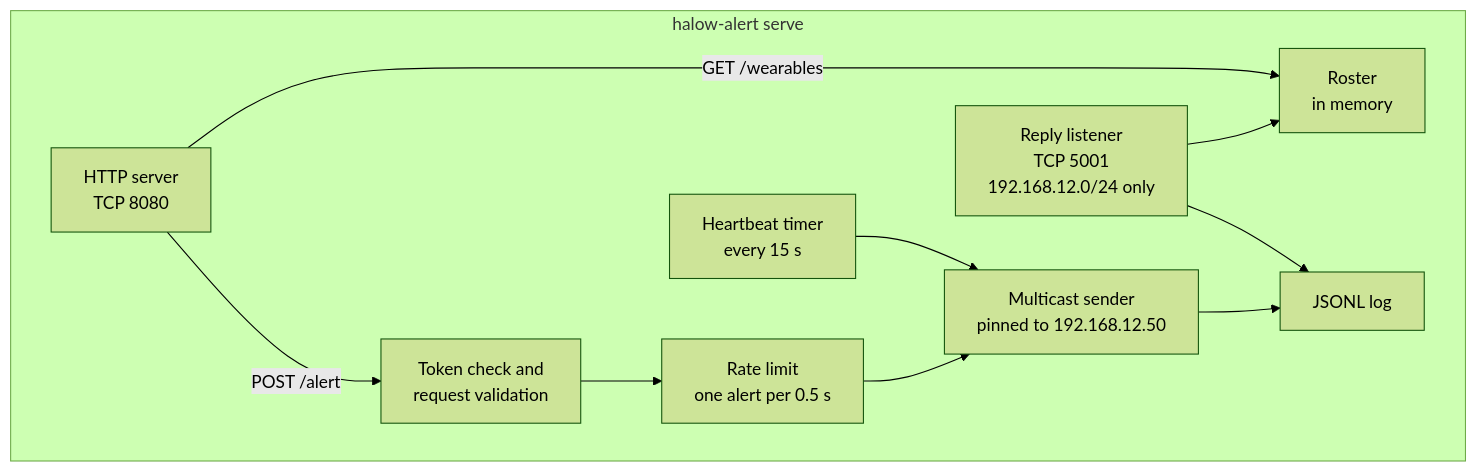
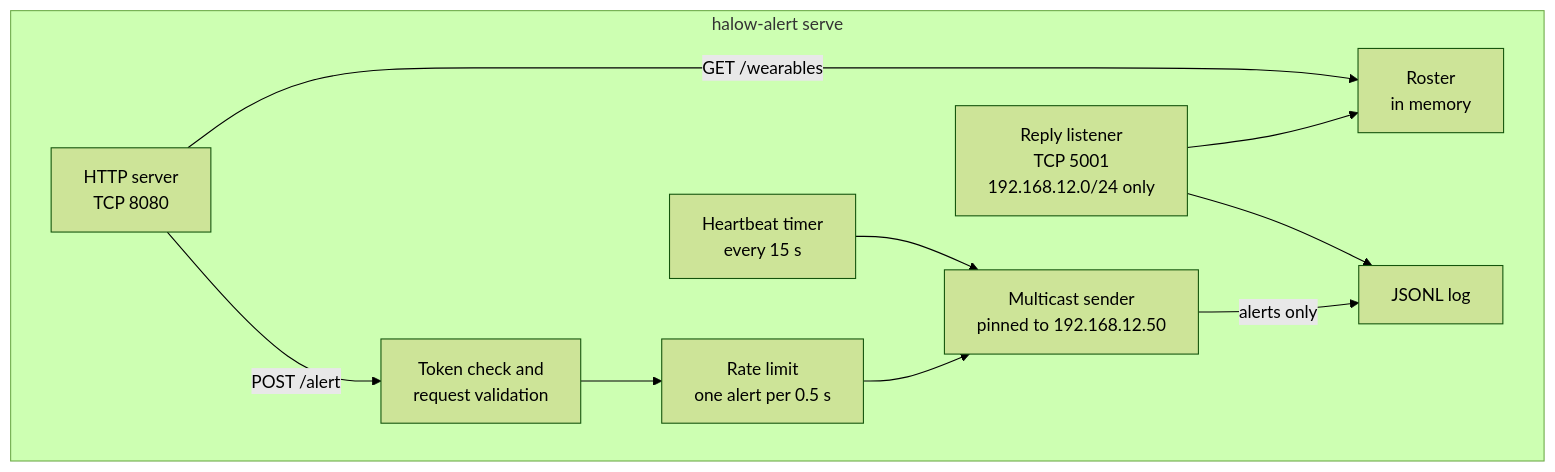
One commit to clearobject/halow-alert-releases changed the second of 5 diagrams in docs/ARCHITECTURE.md. Above: the diagram before and after it, drawn with Mermaid (forest theme). The commit also changed other lines of this file and 13 other files, not shown here.

````diff
--- a/docs/ARCHITECTURE.md
+++ b/docs/ARCHITECTURE.md
@@ -66,19 +66,19 @@
 ```mermaid
 flowchart TB
     subgraph SVC["halow-alert serve"]
         http["HTTP server<br/>TCP 8080"]
         check["Token check and<br/>request validation"]
         rate["Rate limit<br/>one alert per 0.5 s"]
         tx["Multicast sender<br/>pinned to 192.168.12.50"]
         hb["Heartbeat timer<br/>every 15 s"]
         rx["Reply listener<br/>TCP 5001<br/>192.168.12.0/24 only"]
         roster["Roster<br/>in memory"]
         log["JSONL log"]
     end
     http -- "POST /alert" --> check --> rate --> tx
     hb --> tx
     rx --> roster
     http -- "GET /wearables" --> roster
-    tx --> log
+    tx -- "alerts only" --> log
     rx --> log
 ```
````
